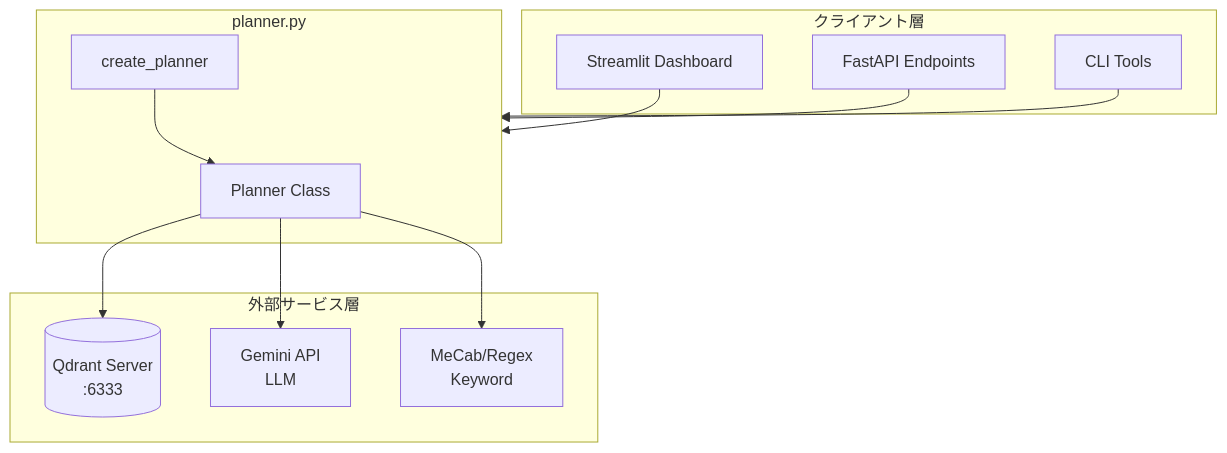
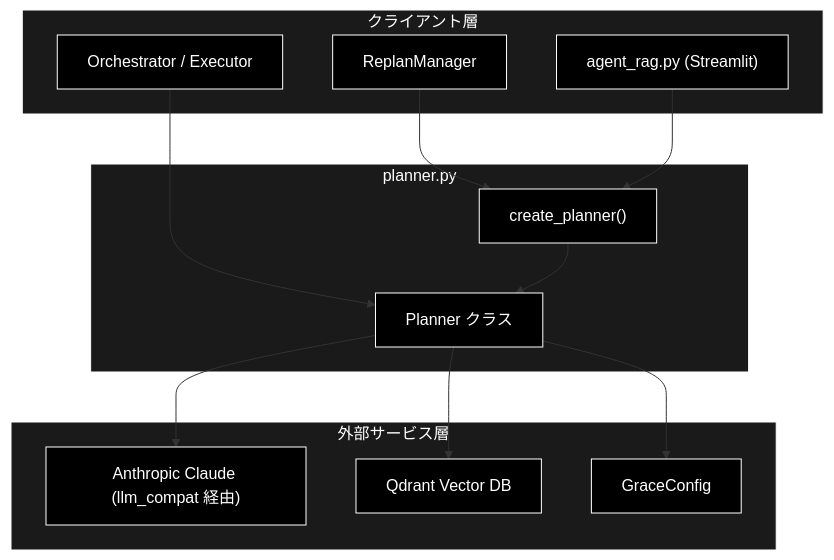
Before and after one commit to nakashima2toshio/anthropic_grace_agent_v2: the first of 3 diagrams in grace/doc/planner.md, drawn with Mermaid. The commit also changed other lines of this file and 9 other files, not shown here.

````diff
--- a/grace/doc/planner.md
+++ b/grace/doc/planner.md
@@ -85,27 +73,33 @@
 ```mermaid
 flowchart TB
     subgraph CLIENT["クライアント層"]
-        STREAMLIT[Streamlit Dashboard]
-        API[FastAPI Endpoints]
-        CLI[CLI Tools]
+        ORCH["Orchestrator / Executor"]
+        REPLAN["ReplanManager"]
+        UI["agent_rag.py (Streamlit)"]
     end
 
     subgraph MODULE["planner.py"]
-        PLANNER[Planner Class]
-        FACTORY[create_planner]
+        PLANNER["Planner クラス"]
+        FACTORY["create_planner()"]
     end
 
     subgraph EXTERNAL["外部サービス層"]
-        QDRANT[(Qdrant Server\n:6333)]
-        GEMINI[Gemini API\nLLM]
-        MECAB[MeCab/Regex\nKeyword]
+        LLM["Anthropic Claude (llm_compat 経由)"]
+        QDRANT["Qdrant Vector DB"]
+        CONFIG["GraceConfig"]
     end
 
-    STREAMLIT --> MODULE
-    API --> MODULE
-    CLI --> MODULE
+    ORCH --> PLANNER
+    REPLAN --> FACTORY
+    UI --> FACTORY
     FACTORY --> PLANNER
+    PLANNER --> LLM
     PLANNER --> QDRANT
-    PLANNER --> GEMINI
-    PLANNER --> MECAB
+    PLANNER --> CONFIG
+classDef default fill:#000,stroke:#fff,color:#fff
+classDef subgraphStyle fill:#1a1a1a,stroke:#fff,color:#fff
+class ORCH,REPLAN,UI,PLANNER,FACTORY,LLM,QDRANT,CONFIG default
+style CLIENT fill:#1a1a1a,stroke:#fff,color:#fff
+style MODULE fill:#1a1a1a,stroke:#fff,color:#fff
+style EXTERNAL fill:#1a1a1a,stroke:#fff,color:#fff
 ```
````
